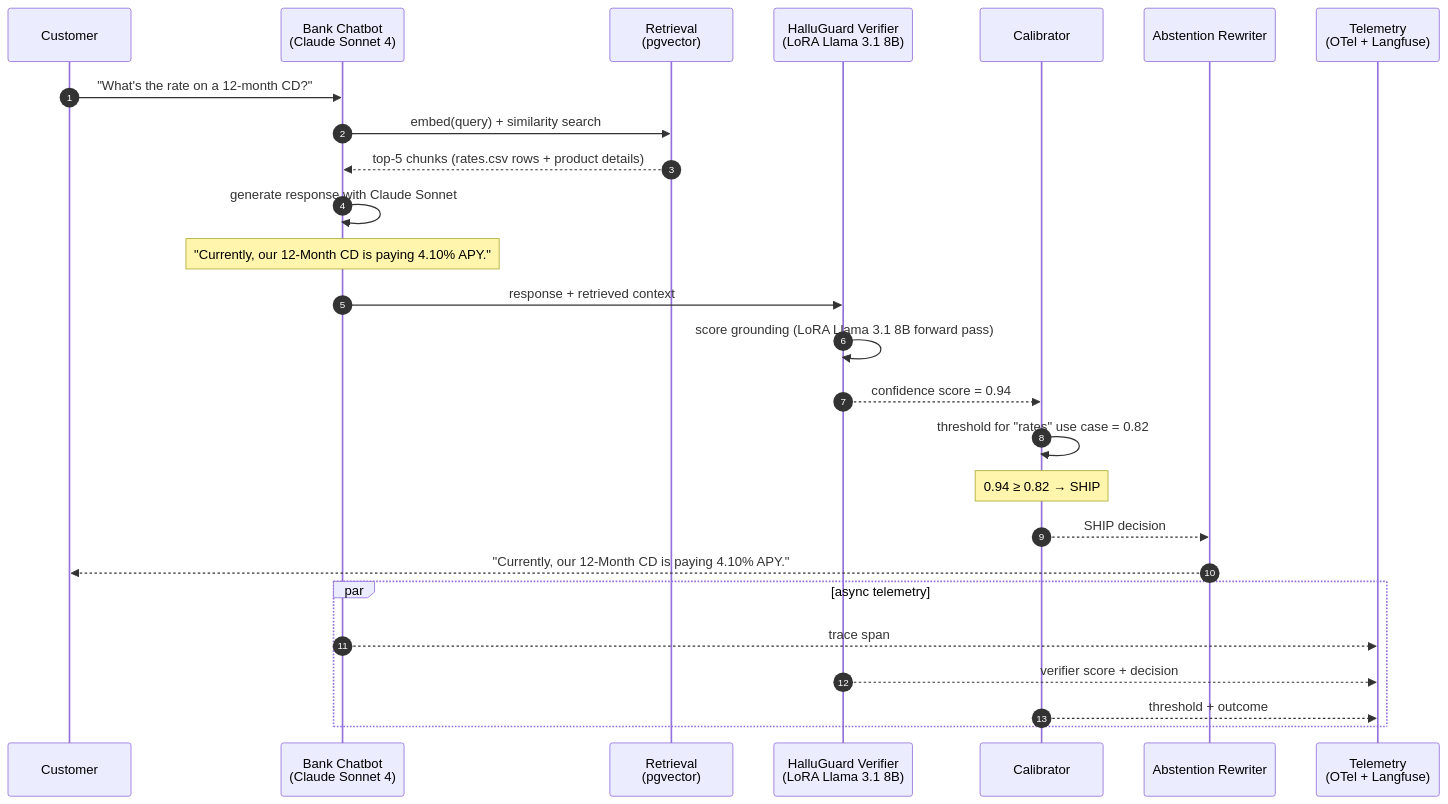
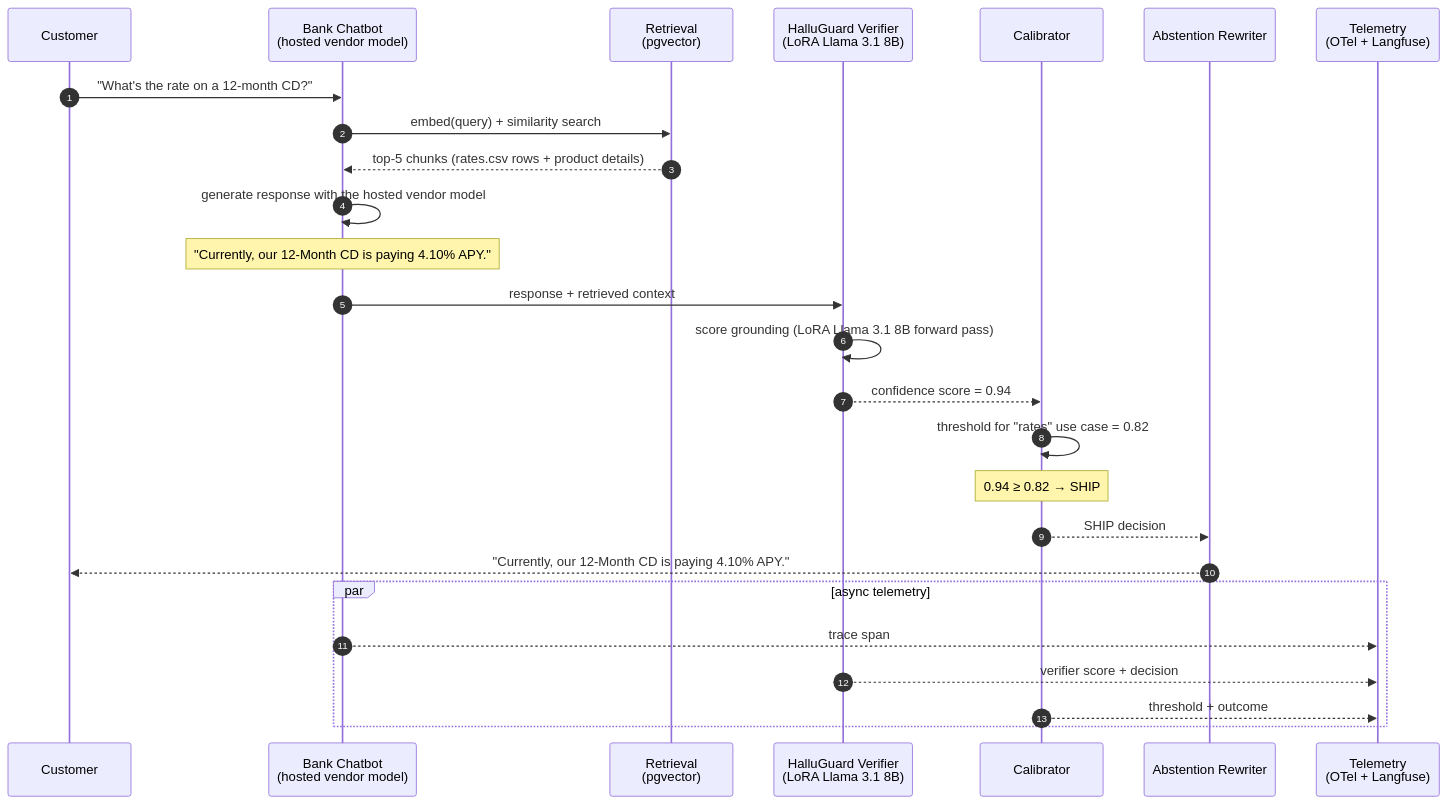
One commit to Vj-shipped-anyway/ai-pm-portfolio changed the second of 3 diagrams in 01-halluguard-bank-chatbot-safety/README.md. Above: the diagram before and after it, drawn with Mermaid. The commit also changed other lines of this file and 6 other files, not shown here.

First line of the commit message:
HalluGuard (bank chatbot safety): replace the named model labels with neutral ones

````diff
--- a/01-halluguard-bank-chatbot-safety/README.md
+++ b/01-halluguard-bank-chatbot-safety/README.md
@@ -512,29 +512,29 @@
 ```mermaid
 sequenceDiagram
     autonumber
     participant U as Customer
-    participant B as Bank Chatbot<br/>(Claude Sonnet 4)
+    participant B as Bank Chatbot<br/>(hosted vendor model)
     participant R as Retrieval<br/>(pgvector)
     participant V as HalluGuard Verifier<br/>(LoRA Llama 3.1 8B)
     participant C as Calibrator
     participant A as Abstention Rewriter
     participant T as Telemetry<br/>(OTel + Langfuse)
 
     U->>B: "What's the rate on a 12-month CD?"
     B->>R: embed(query) + similarity search
     R-->>B: top-5 chunks (rates.csv rows + product details)
-    B->>B: generate response with Claude Sonnet
+    B->>B: generate response with the hosted vendor model
     Note over B: "Currently, our 12-Month CD is paying 4.10% APY."
     B->>V: response + retrieved context
     V->>V: score grounding (LoRA Llama 3.1 8B forward pass)
     V-->>C: confidence score = 0.94
     C->>C: threshold for "rates" use case = 0.82
     Note over C: 0.94 ≥ 0.82 → SHIP
     C-->>A: SHIP decision
     A-->>U: "Currently, our 12-Month CD is paying 4.10% APY."
     par async telemetry
         B-->>T: trace span
         V-->>T: verifier score + decision
         C-->>T: threshold + outcome
     end
 ```
````
